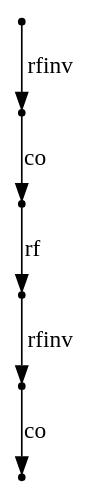
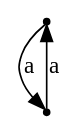
The diagram in output/counterexample.dot (jangreen/rat), drawn with Graphviz before and after one commit. The commit also changed 12 other files, not shown here.

```diff
--- a/output/counterexample.dot
+++ b/output/counterexample.dot
@@ -1,7 +1,4 @@
 digraph { node[shape="point"]
-N36 -> N1[label = "co"];
-N22 -> N36[label = "rfinv"];
-N16 -> N22[label = "rf"];
-N14 -> N16[label = "co"];
-N0 -> N14[label = "rfinv"];
+N3 -> N0[label = "a"];
+N0 -> N3[label = "a"];
 }
```
